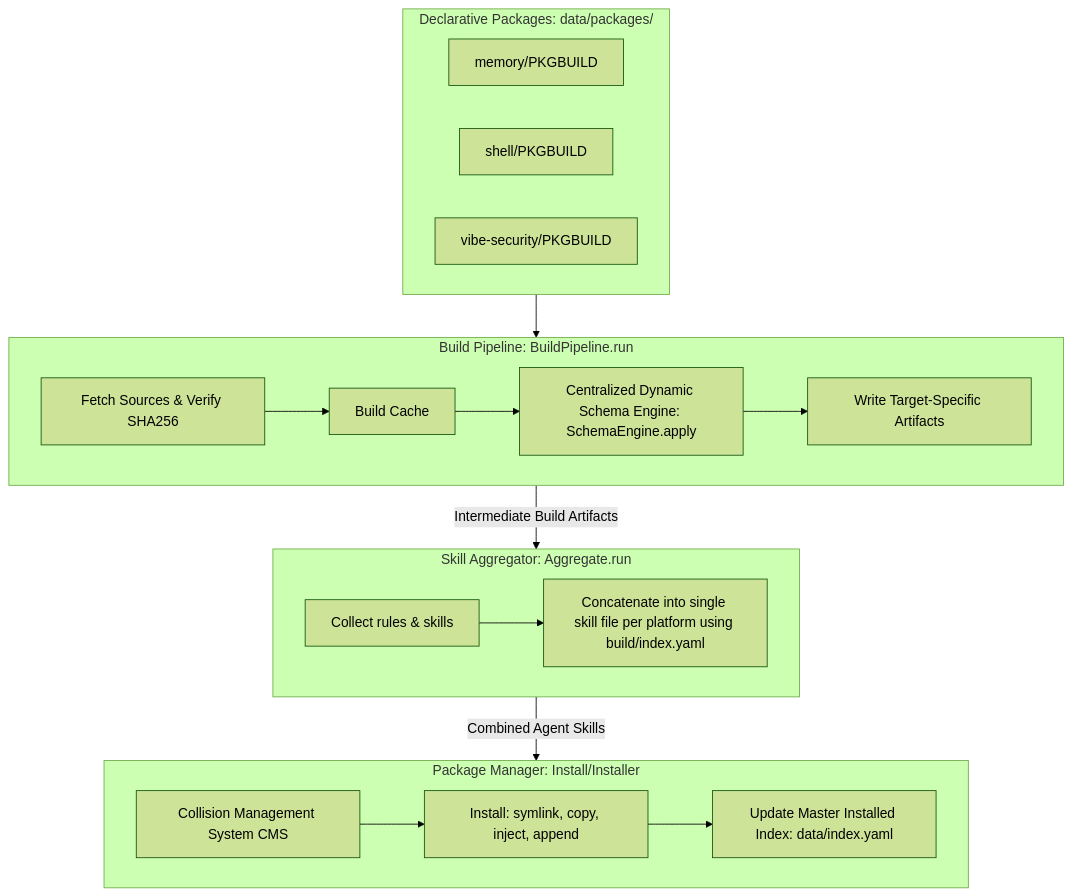
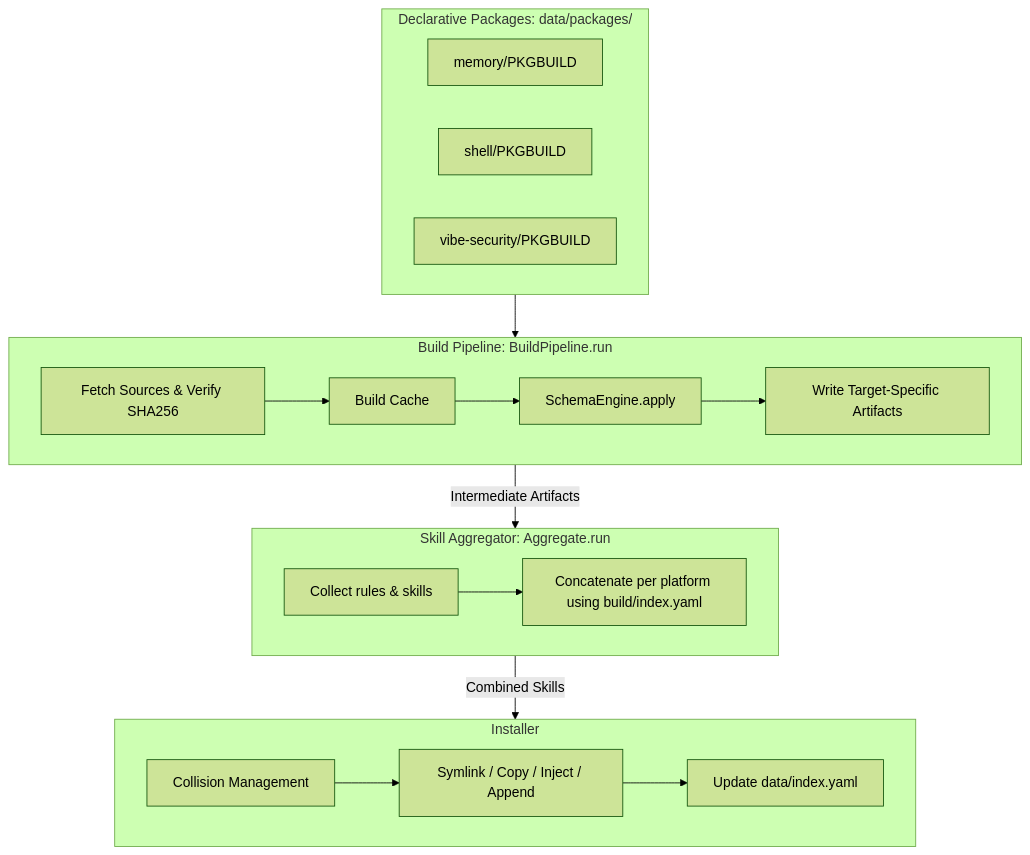
One commit to ozgurulukir/agent-rule-sync changed the diagram in AGENTS.md. Above: the diagram before and after it, drawn with Mermaid (forest theme). The commit also changed other lines of this file and 94 other files, not shown here.

````diff
--- a/AGENTS.md
+++ b/AGENTS.md
@@ -30,27 +33,27 @@
 ```mermaid
 graph TD
     subgraph PKG [Declarative Packages: data/packages/]
         M[memory/PKGBUILD]
         S[shell/PKGBUILD]
         V[vibe-security/PKGBUILD]
     end
 
     subgraph BLD [Build Pipeline: BuildPipeline.run]
         F[Fetch Sources & Verify SHA256] --> C[Build Cache]
-        C --> SE[Centralized Dynamic Schema Engine: SchemaEngine.apply]
+        C --> SE[SchemaEngine.apply]
         SE --> W[Write Target-Specific Artifacts]
     end
 
     subgraph AGG [Skill Aggregator: Aggregate.run]
-        SA[Collect rules & skills] --> CA[Concatenate into single skill file per platform using build/index.yaml]
+        SA[Collect rules & skills] --> CA[Concatenate per platform using build/index.yaml]
     end
 
-    subgraph INST [Package Manager: Install/Installer]
-        CMS[Collision Management System CMS] --> INS[Install: symlink, copy, inject, append]
-        INS --> IDX[Update Master Installed Index: data/index.yaml]
+    subgraph INST [Installer]
+        CMS[Collision Management] --> INS[Symlink / Copy / Inject / Append]
+        INS --> IDX[Update data/index.yaml]
     end
 
     PKG --> BLD
-    BLD -->|Intermediate Build Artifacts| AGG
-    AGG -->|Combined Agent Skills| INST
+    BLD -->|Intermediate Artifacts| AGG
+    AGG -->|Combined Skills| INST
 ```
````
